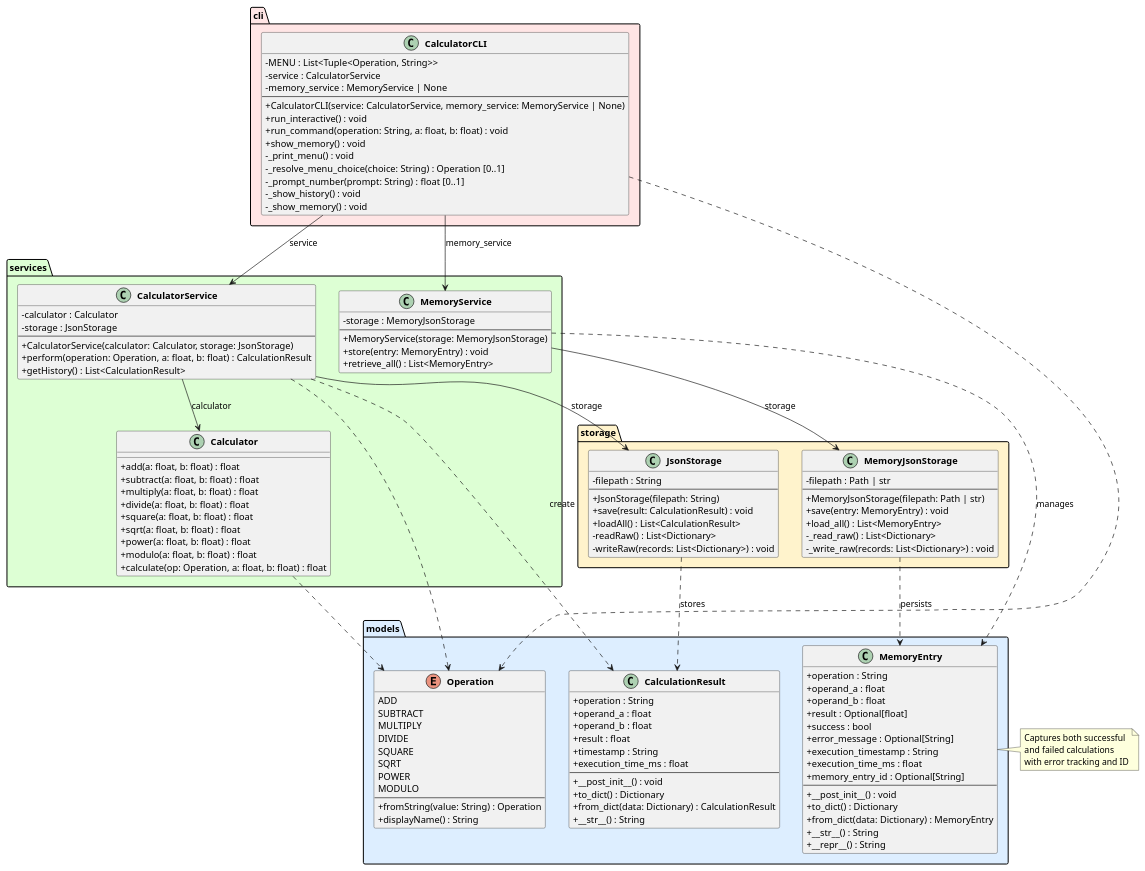
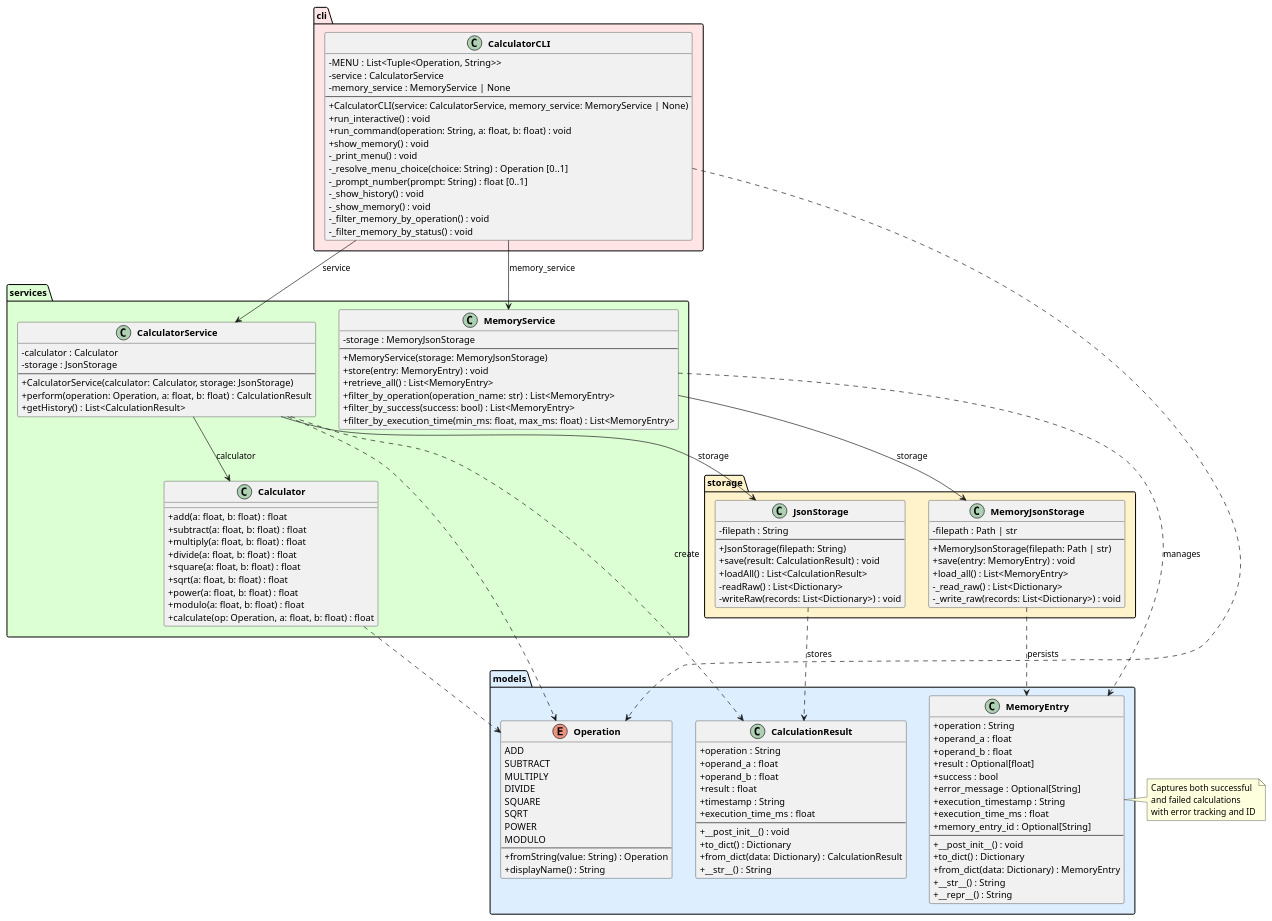
One commit to DanielRiha8906/Software_autoevolution_using_agents changed the diagram in experiments/pipeline/structured_text/calculator/artifacts/class_diagram.puml. Above: the diagram before and after it, drawn with PlantUML. The commit also changed 11 other files, not shown here.

```diff
--- a/experiments/pipeline/structured_text/calculator/artifacts/class_diagram.puml
+++ b/experiments/pipeline/structured_text/calculator/artifacts/class_diagram.puml
@@ -1,145 +1,150 @@
 @startuml class_diagram
 
 skinparam classAttributeIconSize 0
 skinparam classFontStyle bold
 
 package "models" #DDEEFF {
     enum Operation {
         ADD
         SUBTRACT
         MULTIPLY
         DIVIDE
         SQUARE
         SQRT
         POWER
         MODULO
         --
         +fromString(value: String) : Operation
         +displayName() : String
     }
 
     class CalculationResult {
         +operation : String
         +operand_a : float
         +operand_b : float
         +result : float
         +timestamp : String
         +execution_time_ms : float
         --
         +__post_init__() : void
         +to_dict() : Dictionary
         +from_dict(data: Dictionary) : CalculationResult
         +__str__() : String
     }
 
     class MemoryEntry {
         +operation : String
         +operand_a : float
         +operand_b : float
         +result : Optional[float]
         +success : bool
         +error_message : Optional[String]
         +execution_timestamp : String
         +execution_time_ms : float
         +memory_entry_id : Optional[String]
         --
         +__post_init__() : void
         +to_dict() : Dictionary
         +from_dict(data: Dictionary) : MemoryEntry
         +__str__() : String
         +__repr__() : String
     }
 }
 
 package "services" #DDFFD4 {
     class Calculator {
         +add(a: float, b: float) : float
         +subtract(a: float, b: float) : float
         +multiply(a: float, b: float) : float
         +divide(a: float, b: float) : float
         +square(a: float, b: float) : float
         +sqrt(a: float, b: float) : float
         +power(a: float, b: float) : float
         +modulo(a: float, b: float) : float
         +calculate(op: Operation, a: float, b: float) : float
     }
 
     class CalculatorService {
         -calculator : Calculator
         -storage : JsonStorage
         --
         +CalculatorService(calculator: Calculator, storage: JsonStorage)
         +perform(operation: Operation, a: float, b: float) : CalculationResult
         +getHistory() : List<CalculationResult>
     }
 
     class MemoryService {
         -storage : MemoryJsonStorage
         --
         +MemoryService(storage: MemoryJsonStorage)
         +store(entry: MemoryEntry) : void
         +retrieve_all() : List<MemoryEntry>
+        +filter_by_operation(operation_name: str) : List<MemoryEntry>
+        +filter_by_success(success: bool) : List<MemoryEntry>
+        +filter_by_execution_time(min_ms: float, max_ms: float) : List<MemoryEntry>
     }
 }
 
 package "storage" #FFF3CC {
     class JsonStorage {
         -filepath : String
         --
         +JsonStorage(filepath: String)
         +save(result: CalculationResult) : void
         +loadAll() : List<CalculationResult>
         -readRaw() : List<Dictionary>
         -writeRaw(records: List<Dictionary>) : void
     }
 
     class MemoryJsonStorage {
         -filepath : Path | str
         --
         +MemoryJsonStorage(filepath: Path | str)
         +save(entry: MemoryEntry) : void
         +load_all() : List<MemoryEntry>
         -_read_raw() : List<Dictionary>
         -_write_raw(records: List<Dictionary>) : void
     }
 }
 
 package "cli" #FFE5E5 {
     class CalculatorCLI {
         -MENU : List<Tuple<Operation, String>>
         -service : CalculatorService
         -memory_service : MemoryService | None
         --
         +CalculatorCLI(service: CalculatorService, memory_service: MemoryService | None)
         +run_interactive() : void
         +run_command(operation: String, a: float, b: float) : void
         +show_memory() : void
         -_print_menu() : void
         -_resolve_menu_choice(choice: String) : Operation [0..1]
         -_prompt_number(prompt: String) : float [0..1]
         -_show_history() : void
         -_show_memory() : void
+        -_filter_memory_by_operation() : void
+        -_filter_memory_by_status() : void
     }
 }
 
 CalculatorCLI --> CalculatorService : service
 CalculatorCLI --> MemoryService : memory_service
 CalculatorService --> Calculator : calculator
 CalculatorService --> JsonStorage : storage
 MemoryService --> MemoryJsonStorage : storage
 
 CalculatorService ..> CalculationResult : create
 CalculatorService ..> Operation
 CalculatorCLI ..> Operation
 Calculator ..> Operation
 JsonStorage ..> CalculationResult : stores
 MemoryService ..> MemoryEntry : manages
 MemoryJsonStorage ..> MemoryEntry : persists
 
 note right of MemoryEntry
   Captures both successful
   and failed calculations
   with error tracking and ID
 end note
 
 @enduml
```
